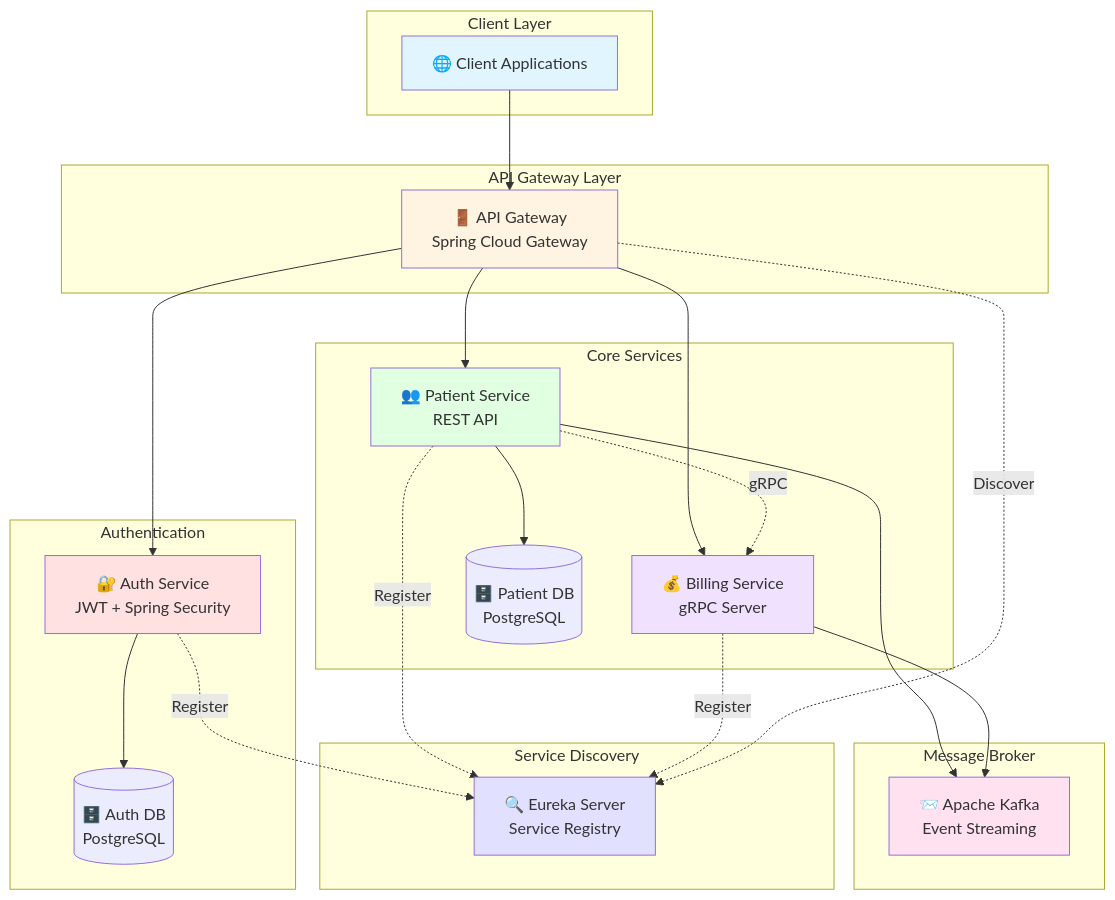
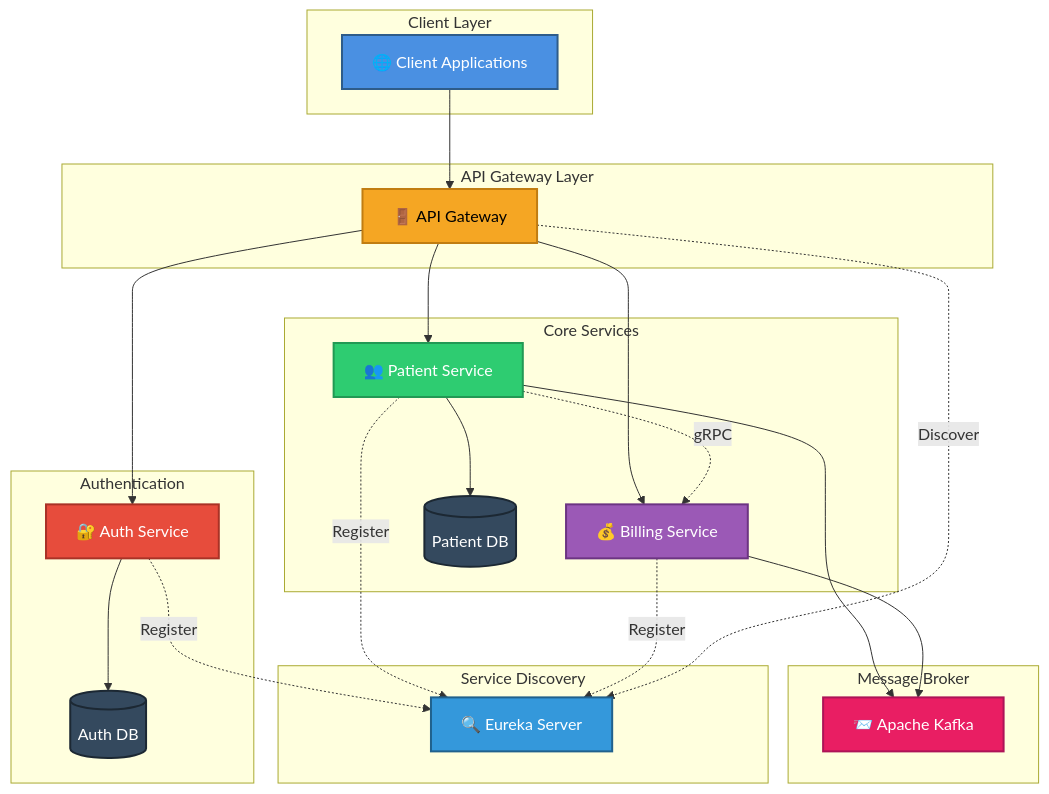
The first of 3 diagrams in README.md (ilyasseyounes/Spring-FrameWork), drawn with Mermaid before and after one commit. The commit also changed other lines of this file, not shown here.

````diff
--- a/README.md
+++ b/README.md
@@ -52,53 +50,55 @@
 ```mermaid
 graph TB
-    subgraph "Client Layer"
-        Client[🌐 Client Applications]
+    subgraph ClientLayer["Client Layer"]
+        Client["🌐 Client Applications"]
     end
     
-    subgraph "API Gateway Layer"
-        Gateway[🚪 API Gateway<br/>Spring Cloud Gateway]
+    subgraph GatewayLayer["API Gateway Layer"]
+        Gateway["🚪 API Gateway"]
     end
     
-    subgraph "Authentication"
-        Auth[🔐 Auth Service<br/>JWT + Spring Security]
-        AuthDB[(🗄️ Auth DB<br/>PostgreSQL)]
+    subgraph AuthLayer["Authentication"]
+        Auth["🔐 Auth Service"]
+        AuthDB[("Auth DB")]
     end
     
-    subgraph "Core Services"
-        Patient[👥 Patient Service<br/>REST API]
-        Billing[💰 Billing Service<br/>gRPC Server]
-        PatientDB[(🗄️ Patient DB<br/>PostgreSQL)]
+    subgraph CoreServices["Core Services"]
+        Patient["👥 Patient Service"]
+        Billing["💰 Billing Service"]
+        PatientDB[("Patient DB")]
     end
     
-    subgraph "Message Broker"
-        Kafka[📨 Apache Kafka<br/>Event Streaming]
+    subgraph MessageBroker["Message Broker"]
+        Kafka["📨 Apache Kafka"]
     end
     
-    subgraph "Service Discovery"
-        Eureka[🔍 Eureka Server<br/>Service Registry]
+    subgraph ServiceDiscovery["Service Discovery"]
+        Eureka["🔍 Eureka Server"]
     end
     
     Client --> Gateway
     Gateway --> Auth
     Gateway --> Patient
     Gateway --> Billing
     
     Auth --> AuthDB
     Patient --> PatientDB
     Patient --> Kafka
     Billing --> Kafka
     Patient -.gRPC.-> Billing
     
     Auth -.Register.-> Eureka
     Patient -.Register.-> Eureka
     Billing -.Register.-> Eureka
     Gateway -.Discover.-> Eureka
     
-    style Client fill:#e1f5ff
-    style Gateway fill:#fff4e1
-    style Auth fill:#ffe1e1
-    style Patient fill:#e1ffe1
-    style Billing fill:#f0e1ff
-    style Kafka fill:#ffe1f0
-    style Eureka fill:#e1e1ff
+    style Client fill:#4A90E2,stroke:#2E5C8A,stroke-width:2px,color:#fff
+    style Gateway fill:#F5A623,stroke:#C17D11,stroke-width:2px,color:#000
+    style Auth fill:#E74C3C,stroke:#A93226,stroke-width:2px,color:#fff
+    style Patient fill:#2ECC71,stroke:#229954,stroke-width:2px,color:#fff
+    style Billing fill:#9B59B6,stroke:#6C3483,stroke-width:2px,color:#fff
+    style Kafka fill:#E91E63,stroke:#AD1457,stroke-width:2px,color:#fff
+    style Eureka fill:#3498DB,stroke:#21618C,stroke-width:2px,color:#fff
+    style AuthDB fill:#34495E,stroke:#1C2833,stroke-width:2px,color:#fff
+    style PatientDB fill:#34495E,stroke:#1C2833,stroke-width:2px,color:#fff
 ```
````
